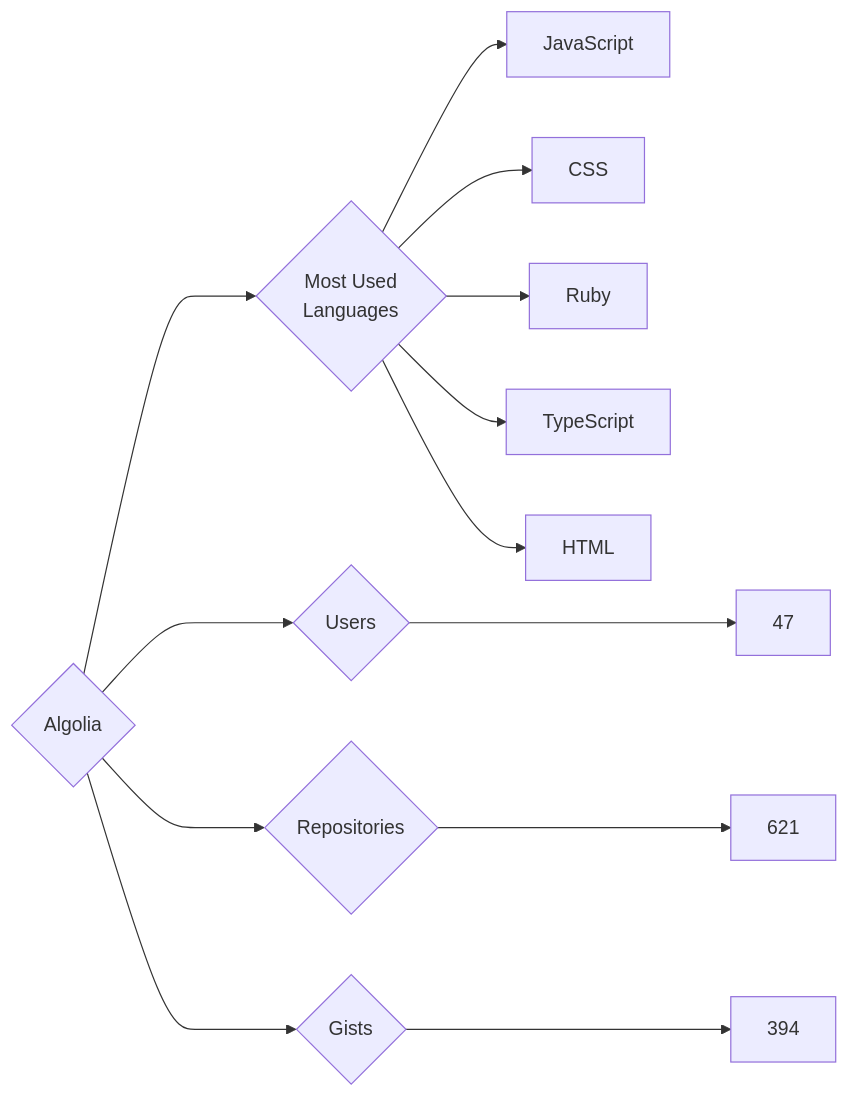
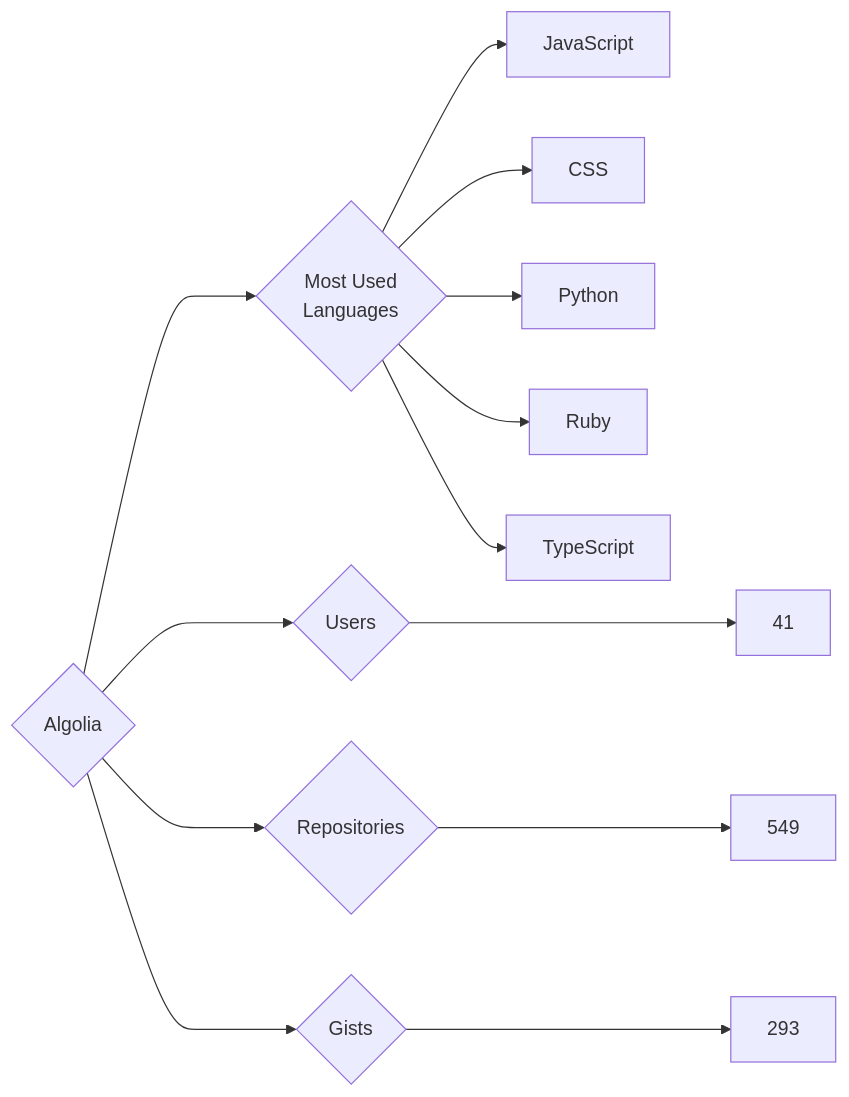
The diagram in targets/Algolia/README.md (trickest/insiders), drawn with Mermaid before and after one commit. The commit also changed 750 other files, not shown here.

````diff
--- a/targets/Algolia/README.md
+++ b/targets/Algolia/README.md
@@ -3,13 +3,13 @@
 ```mermaid
 graph LR
 COMPANY_NAME{Algolia}
-COMPANY_NAME ---> U{Users} ---> UN[47]
-COMPANY_NAME ---> R{Repositories} ---> RN[621]
-COMPANY_NAME ---> G{Gists} ---> GN[394]
+COMPANY_NAME ---> U{Users} ---> UN[41]
+COMPANY_NAME ---> R{Repositories} ---> RN[549]
+COMPANY_NAME ---> G{Gists} ---> GN[293]
 COMPANY_NAME ---> ML{Most Used<br>Languages}
 ML --> JavaScript[JavaScript]
 ML --> CSS[CSS]
+ML --> Python[Python]
 ML --> Ruby[Ruby]
 ML --> TypeScript[TypeScript]
-ML --> HTML[HTML]
 ```
````
